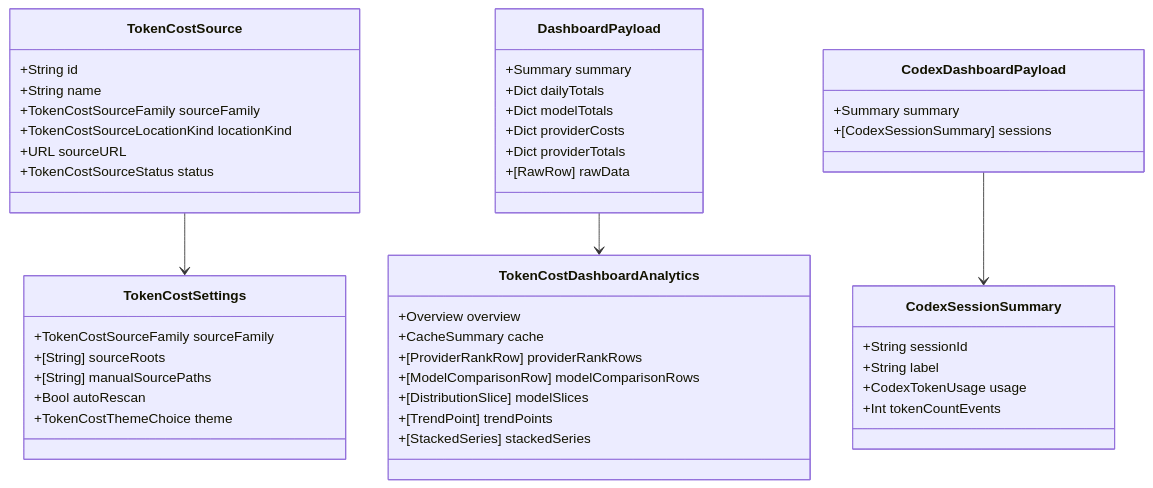
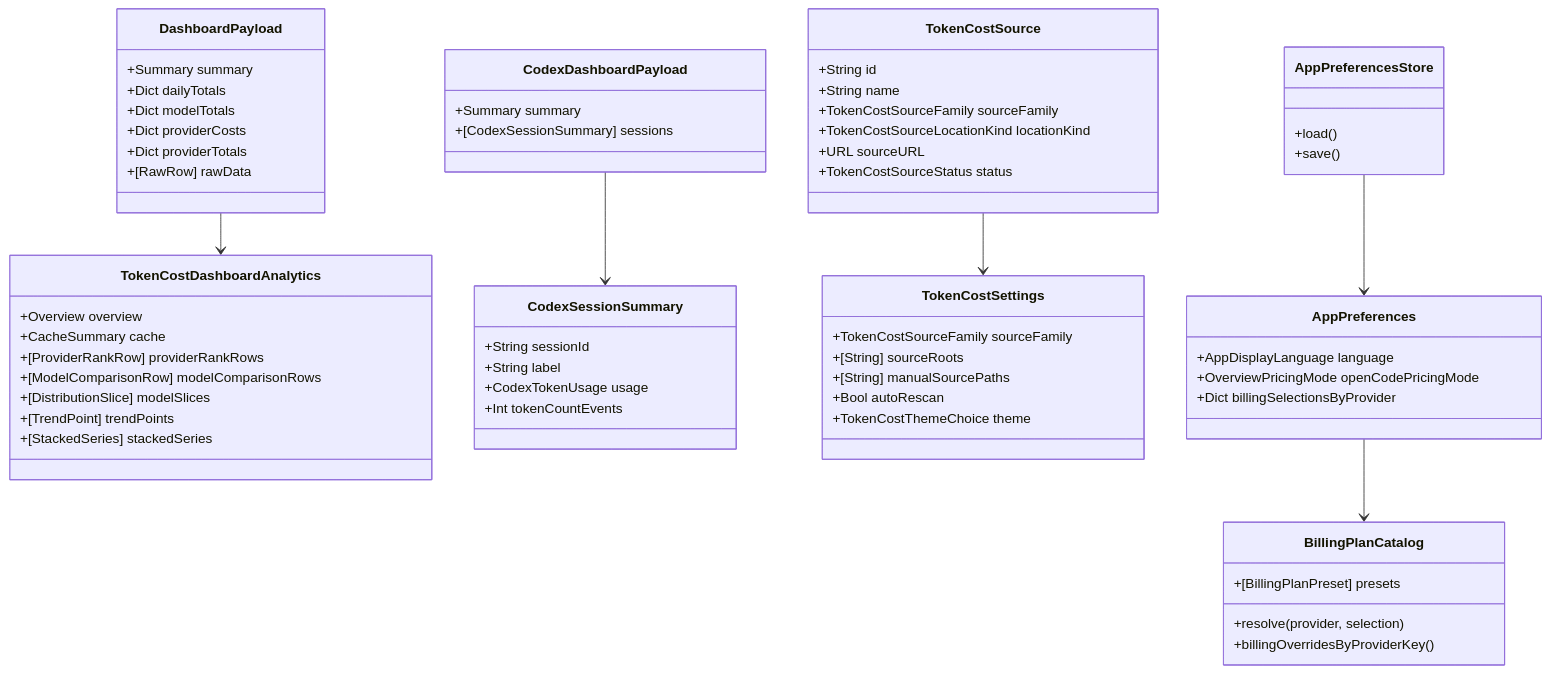
Before and after one commit to blackkcold/Token-Cost-App---OC-Codex: the fourth of 4 diagrams in docs/架构逻辑链图.md, drawn with Mermaid. The commit also changed other lines of this file and 5 other files, not shown here.

First line of the commit message:
docs: sync CHANGELOG, README, SECURITY, dev manual, architecture diagrams, and module relationship inventory for v0.1.1

````diff
--- a/docs/架构逻辑链图.md
+++ b/docs/架构逻辑链图.md
@@ -91,54 +100,73 @@
 ```mermaid
 classDiagram
     class TokenCostSource {
         +String id
         +String name
         +TokenCostSourceFamily sourceFamily
         +TokenCostSourceLocationKind locationKind
         +URL sourceURL
         +TokenCostSourceStatus status
     }
 
     class DashboardPayload {
         +Summary summary
         +Dict dailyTotals
         +Dict modelTotals
         +Dict providerCosts
         +Dict providerTotals
         +[RawRow] rawData
     }
 
     class CodexDashboardPayload {
         +Summary summary
         +[CodexSessionSummary] sessions
     }
 
     class TokenCostDashboardAnalytics {
         +Overview overview
         +CacheSummary cache
         +[ProviderRankRow] providerRankRows
         +[ModelComparisonRow] modelComparisonRows
         +[DistributionSlice] modelSlices
         +[TrendPoint] trendPoints
         +[StackedSeries] stackedSeries
     }
 
     class CodexSessionSummary {
         +String sessionId
         +String label
         +CodexTokenUsage usage
         +Int tokenCountEvents
     }
 
     class TokenCostSettings {
         +TokenCostSourceFamily sourceFamily
         +[String] sourceRoots
         +[String] manualSourcePaths
         +Bool autoRescan
         +TokenCostThemeChoice theme
     }
 
+    class AppPreferences {
+        +AppDisplayLanguage language
+        +OverviewPricingMode openCodePricingMode
+        +Dict billingSelectionsByProvider
+    }
+
+    class BillingPlanCatalog {
+        +[BillingPlanPreset] presets
+        +resolve(provider, selection)
+        +billingOverridesByProviderKey()
+    }
+
+    class AppPreferencesStore {
+        +load()
+        +save()
+    }
+
     TokenCostSource --> TokenCostSettings
+    AppPreferencesStore --> AppPreferences
+    AppPreferences --> BillingPlanCatalog
     DashboardPayload --> TokenCostDashboardAnalytics
     CodexDashboardPayload --> CodexSessionSummary
 ```
````
